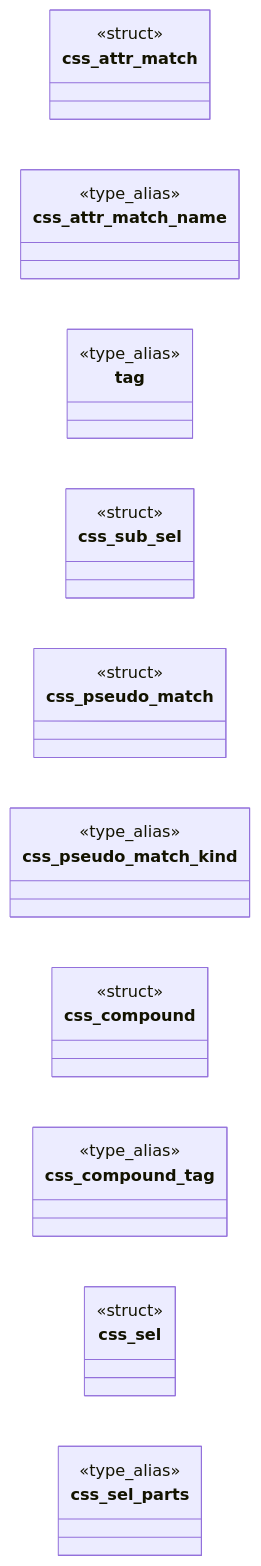
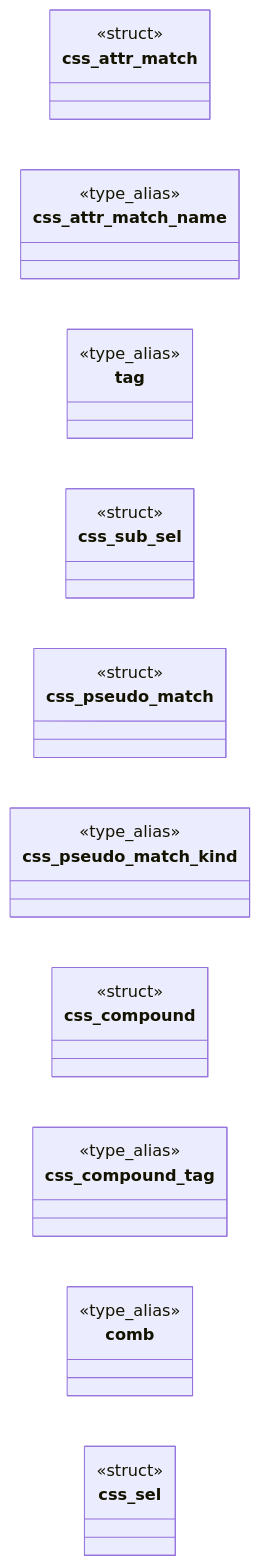
The first of 2 diagrams in readmenator-apidocs/modules/include.css_select.h.md (grisuno/FreeDom), drawn with Mermaid before and after one commit. The commit also changed other lines of this file and 164 other files, not shown here.

````diff
--- a/readmenator-apidocs/modules/include.css_select.h.md
+++ b/readmenator-apidocs/modules/include.css_select.h.md
@@ -14,24 +14,24 @@
 ```mermaid
 classDiagram
     direction LR
     class css_attr_match
     <<struct>> css_attr_match
     class css_attr_match_name
     <<type_alias>> css_attr_match_name
     class tag
     <<type_alias>> tag
     class css_sub_sel
     <<struct>> css_sub_sel
     class css_pseudo_match
     <<struct>> css_pseudo_match
     class css_pseudo_match_kind
     <<type_alias>> css_pseudo_match_kind
     class css_compound
     <<struct>> css_compound
     class css_compound_tag
     <<type_alias>> css_compound_tag
+    class comb
+    <<type_alias>> comb
     class css_sel
     <<struct>> css_sel
-    class css_sel_parts
-    <<type_alias>> css_sel_parts
 ```
````
